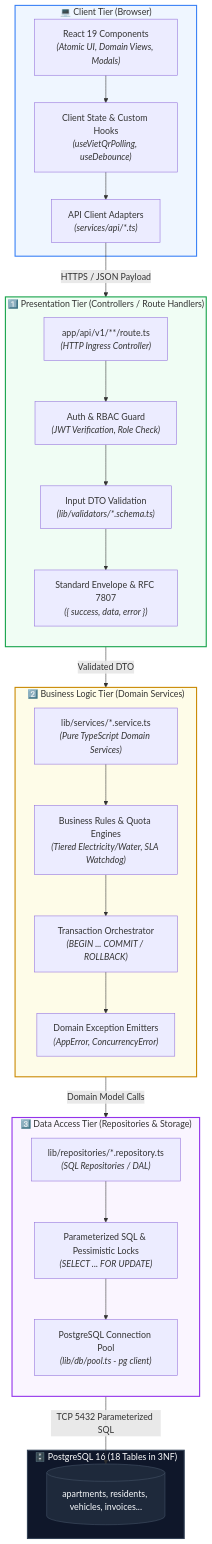
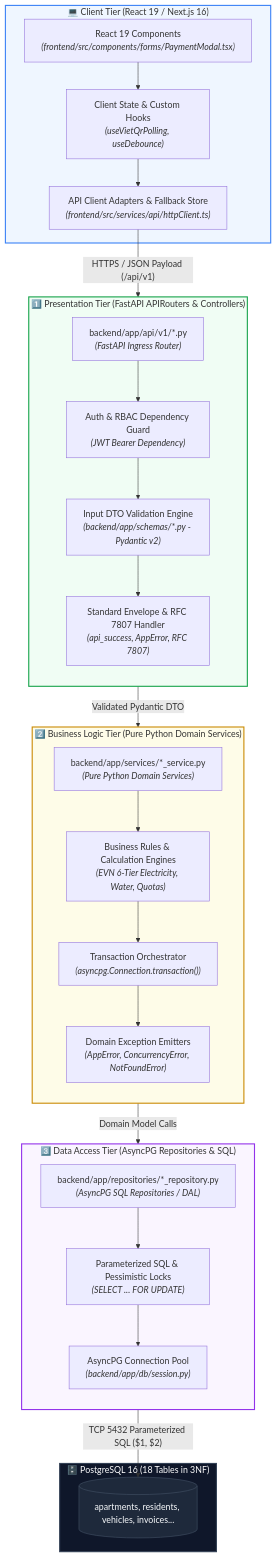
One commit to QuanAnh280605/NguyenAnhQuan-Household-Management changed the diagram in docs/FOLDER_STRUCTURE_AND_3TIER_ARCHITECTURE.md. Above: the diagram before and after it, drawn with Mermaid. The commit also changed other lines of this file and 7 other files, not shown here.

Commit message:
docs: synchronize architecture specifications, dual-mode ingress diagrams, and ADR-0009 index

````diff
--- a/docs/FOLDER_STRUCTURE_AND_3TIER_ARCHITECTURE.md
+++ b/docs/FOLDER_STRUCTURE_AND_3TIER_ARCHITECTURE.md
@@ -37,51 +37,51 @@
 ```mermaid
 flowchart TB
-    subgraph Client["💻 Client Tier (Browser)"]
-        UI["React 19 Components<br/><i>(Atomic UI, Domain Views, Modals)</i>"]
+    subgraph Client["💻 Client Tier (React 19 / Next.js 16)"]
+        UI["React 19 Components<br/><i>(frontend/src/components/forms/PaymentModal.tsx)</i>"]
         State["Client State & Custom Hooks<br/><i>(useVietQrPolling, useDebounce)</i>"]
-        ApiClient["API Client Adapters<br/><i>(services/api/*.ts)</i>"]
+        ApiClient["API Client Adapters & Fallback Store<br/><i>(frontend/src/services/api/httpClient.ts)</i>"]
         UI --> State --> ApiClient
     end
 
-    subgraph Tier1["1️⃣ Presentation Tier (Controllers / Route Handlers)"]
+    subgraph Tier1["1️⃣ Presentation Tier (FastAPI APIRouters & Controllers)"]
         direction TB
-        Route["app/api/v1/**/route.ts<br/><i>(HTTP Ingress Controller)</i>"]
-        AuthMiddleware["Auth & RBAC Guard<br/><i>(JWT Verification, Role Check)</i>"]
-        ZodValidator["Input DTO Validation<br/><i>(lib/validators/*.schema.ts)</i>"]
-        Envelope["Standard Envelope & RFC 7807<br/><i>({ success, data, error })</i>"]
-        Route --> AuthMiddleware --> ZodValidator --> Envelope
+        Route["backend/app/api/v1/*.py<br/><i>(FastAPI Ingress Router)</i>"]
+        AuthMiddleware["Auth & RBAC Dependency Guard<br/><i>(JWT Bearer Dependency)</i>"]
+        PydanticValidator["Input DTO Validation Engine<br/><i>(backend/app/schemas/*.py - Pydantic v2)</i>"]
+        Envelope["Standard Envelope & RFC 7807 Handler<br/><i>(api_success, AppError, RFC 7807)</i>"]
+        Route --> AuthMiddleware --> PydanticValidator --> Envelope
     end
 
-    subgraph Tier2["2️⃣ Business Logic Tier (Domain Services)"]
+    subgraph Tier2["2️⃣ Business Logic Tier (Pure Python Domain Services)"]
         direction TB
-        Service["lib/services/*.service.ts<br/><i>(Pure TypeScript Domain Services)</i>"]
-        BizRules["Business Rules & Quota Engines<br/><i>(Tiered Electricity/Water, SLA Watchdog)</i>"]
-        TxOrchestrator["Transaction Orchestrator<br/><i>(BEGIN ... COMMIT / ROLLBACK)</i>"]
-        DomainErrors["Domain Exception Emitters<br/><i>(AppError, ConcurrencyError)</i>"]
+        Service["backend/app/services/*_service.py<br/><i>(Pure Python Domain Services)</i>"]
+        BizRules["Business Rules & Calculation Engines<br/><i>(EVN 6-Tier Electricity, Water, Quotas)</i>"]
+        TxOrchestrator["Transaction Orchestrator<br/><i>(asyncpg.Connection.transaction())</i>"]
+        DomainErrors["Domain Exception Emitters<br/><i>(AppError, ConcurrencyError, NotFoundError)</i>"]
         Service --> BizRules --> TxOrchestrator --> DomainErrors
     end
 
-    subgraph Tier3["3️⃣ Data Access Tier (Repositories & Storage)"]
+    subgraph Tier3["3️⃣ Data Access Tier (AsyncPG Repositories & SQL)"]
         direction TB
-        Repo["lib/repositories/*.repository.ts<br/><i>(SQL Repositories / DAL)</i>"]
+        Repo["backend/app/repositories/*_repository.py<br/><i>(AsyncPG SQL Repositories / DAL)</i>"]
         SqlEngine["Parameterized SQL & Pessimistic Locks<br/><i>(SELECT ... FOR UPDATE)</i>"]
-        DbPool["PostgreSQL Connection Pool<br/><i>(lib/db/pool.ts - pg client)</i>"]
+        DbPool["AsyncPG Connection Pool<br/><i>(backend/app/db/session.py)</i>"]
         Repo --> SqlEngine --> DbPool
     end
 
     subgraph Database["🗄️ PostgreSQL 16 (18 Tables in 3NF)"]
         Tables[("apartments, residents, vehicles, invoices...")]
     end
 
-    ApiClient -- "HTTPS / JSON Payload" --> Route
-    ZodValidator -- "Validated DTO" --> Service
+    ApiClient -- "HTTPS / JSON Payload (/api/v1)" --> Route
+    PydanticValidator -- "Validated Pydantic DTO" --> Service
     TxOrchestrator -- "Domain Model Calls" --> Repo
-    DbPool -- "TCP 5432 Parameterized SQL" --> Tables
+    DbPool -- "TCP 5432 Parameterized SQL ($1, $2)" --> Tables
 
     style Client fill:#eff6ff,stroke:#3b82f6,stroke-width:2px
     style Tier1 fill:#f0fdf4,stroke:#16a34a,stroke-width:2px
     style Tier2 fill:#fefce8,stroke:#ca8a04,stroke-width:2px
     style Tier3 fill:#faf5ff,stroke:#9333ea,stroke-width:2px
     style Database fill:#0f172a,stroke:#334155,stroke-width:2px,color:#fff
     style Tables fill:#1e293b,stroke:#475569,stroke-width:1px,color:#f8fafc
 ```
````
